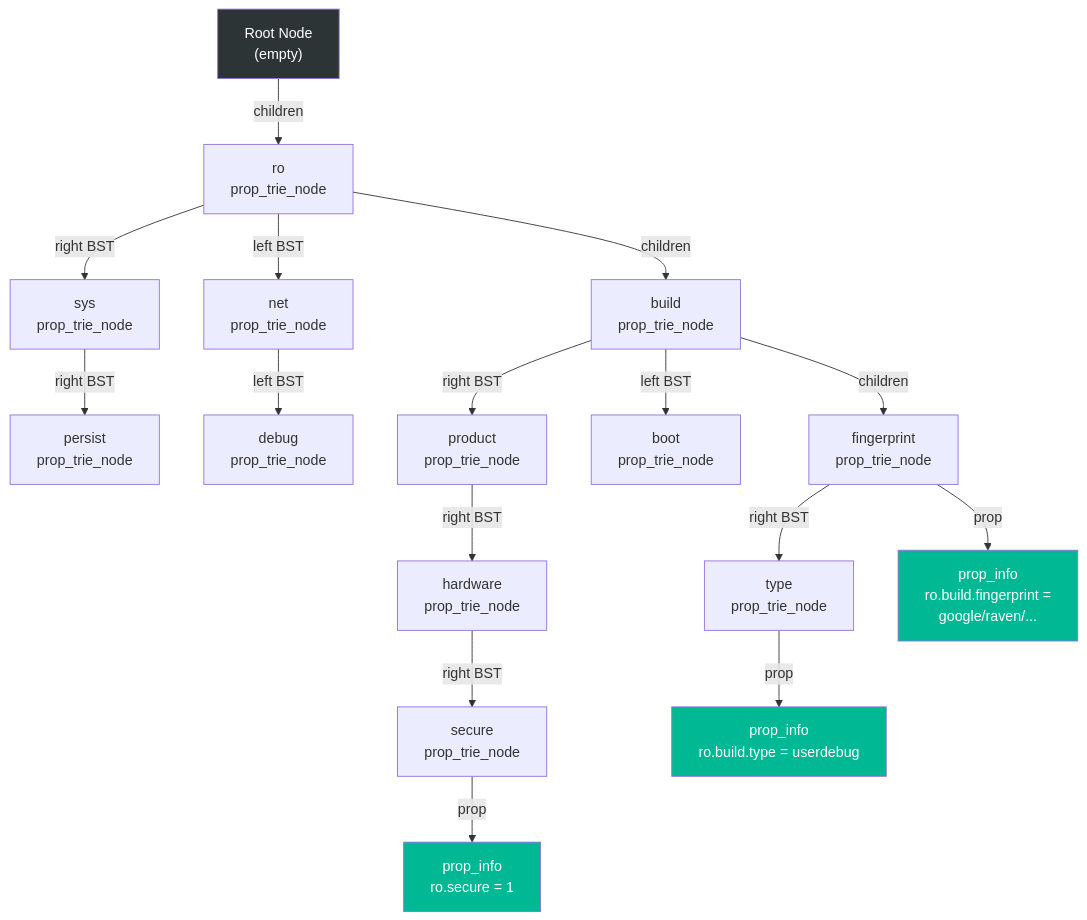
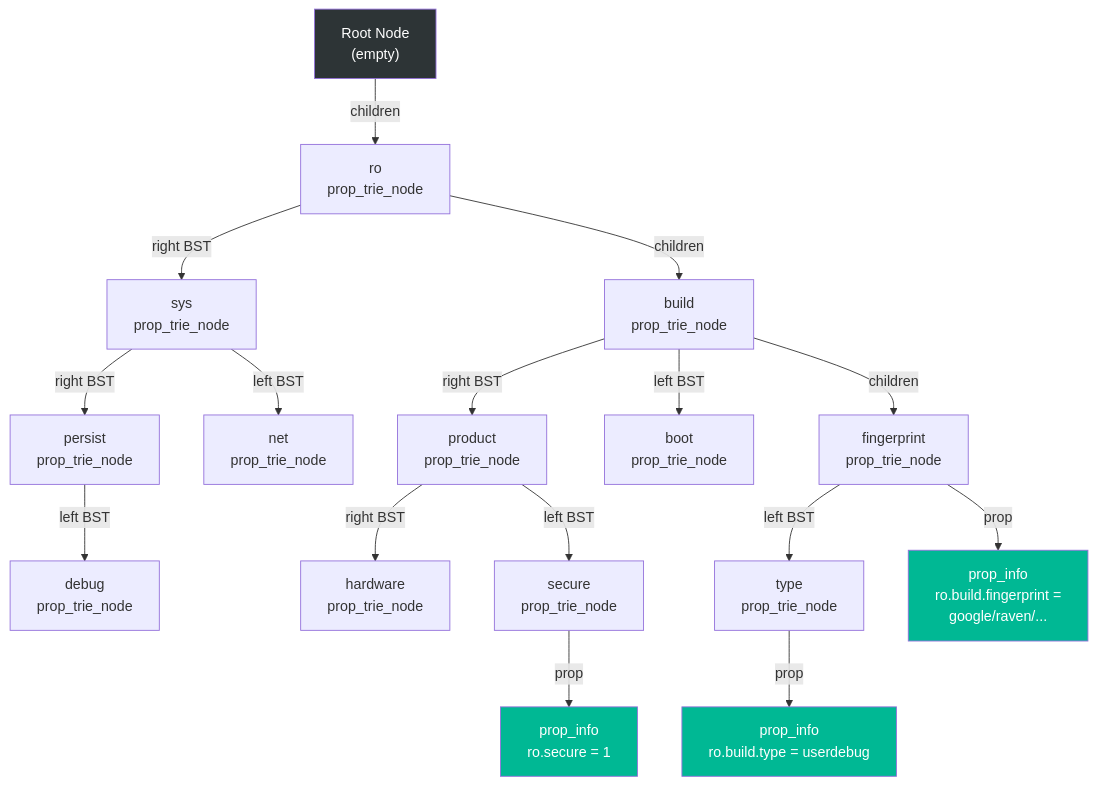
The second of 11 diagrams in 06-system-properties.md (aospbooks/aosp-internal-book), drawn with Mermaid before and after one commit. The commit also changed other lines of this file and 218 other files, not shown here.

````diff
--- a/06-system-properties.md
+++ b/06-system-properties.md
@@ -305,47 +312,47 @@
 ```mermaid
 graph TD
     ROOT["Root Node<br/>(empty)"]
 
     RO["ro<br/>prop_trie_node"]
     SYS["sys<br/>prop_trie_node"]
     PERSIST["persist<br/>prop_trie_node"]
     NET["net<br/>prop_trie_node"]
     DEBUG["debug<br/>prop_trie_node"]
 
     RO_BUILD["build<br/>prop_trie_node"]
     RO_PRODUCT["product<br/>prop_trie_node"]
     RO_HARDWARE["hardware<br/>prop_trie_node"]
     RO_BOOT["boot<br/>prop_trie_node"]
     RO_SECURE["secure<br/>prop_trie_node"]
 
     RO_BUILD_FP["fingerprint<br/>prop_trie_node"]
     RO_BUILD_TYPE["type<br/>prop_trie_node"]
 
     PI_SECURE["prop_info<br/>ro.secure = 1"]
     PI_FP["prop_info<br/>ro.build.fingerprint =<br/>google/raven/..."]
     PI_TYPE["prop_info<br/>ro.build.type = userdebug"]
 
     ROOT -->|children| RO
     RO -->|right BST| SYS
     SYS -->|right BST| PERSIST
-    RO -->|left BST| NET
-    NET -->|left BST| DEBUG
+    SYS -->|left BST| NET
+    PERSIST -->|left BST| DEBUG
 
     RO -->|children| RO_BUILD
     RO_BUILD -->|right BST| RO_PRODUCT
     RO_PRODUCT -->|right BST| RO_HARDWARE
     RO_BUILD -->|left BST| RO_BOOT
-    RO_HARDWARE -->|right BST| RO_SECURE
+    RO_PRODUCT -->|left BST| RO_SECURE
 
     RO_BUILD -->|children| RO_BUILD_FP
-    RO_BUILD_FP -->|right BST| RO_BUILD_TYPE
+    RO_BUILD_FP -->|left BST| RO_BUILD_TYPE
 
     RO_SECURE -->|prop| PI_SECURE
     RO_BUILD_FP -->|prop| PI_FP
     RO_BUILD_TYPE -->|prop| PI_TYPE
 
     style ROOT fill:#2d3436,color:#fff
     style PI_SECURE fill:#00b894,color:#fff
     style PI_FP fill:#00b894,color:#fff
     style PI_TYPE fill:#00b894,color:#fff
 ```
````
